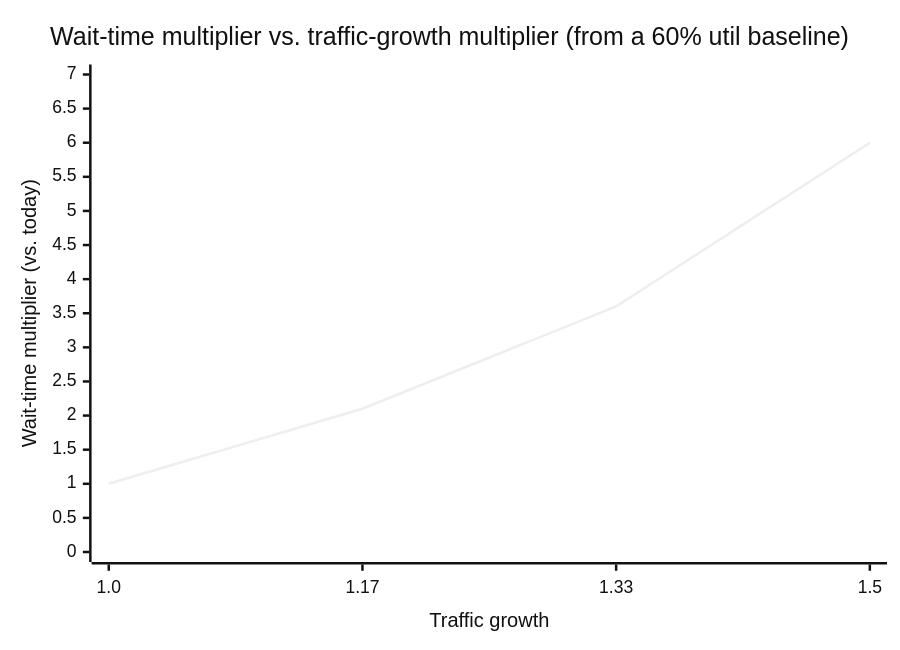
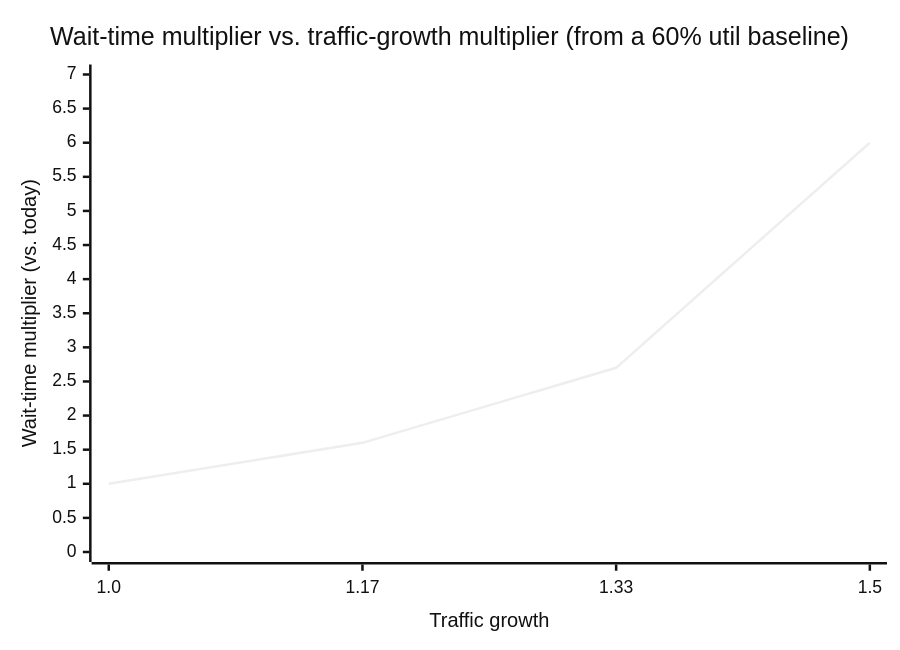
One commit to francoandreDev/knowledge changed the diagram in src/content/applied-math/math-tool-prediction/L3-deep-dive.mdx. Above: the diagram before and after it, drawn with Mermaid (neutral theme). The commit also changed 76 other files, not shown here.

````diff
--- a/src/content/applied-math/math-tool-prediction/L3-deep-dive.mdx
+++ b/src/content/applied-math/math-tool-prediction/L3-deep-dive.mdx
@@ -119,7 +119,7 @@
 ```mermaid
 xychart-beta
     title "Wait-time multiplier vs. traffic-growth multiplier (from a 60% util baseline)"
     x-axis "Traffic growth" [1.0, 1.17, 1.33, 1.5]
     y-axis "Wait-time multiplier (vs. today)" 0 --> 7
-    line [1.0, 2.1, 3.6, 6.0]
+    line [1.0, 1.6, 2.7, 6.0]
 ```
````
